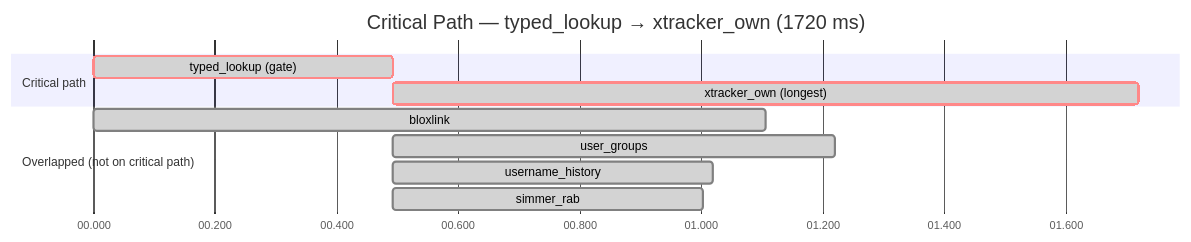
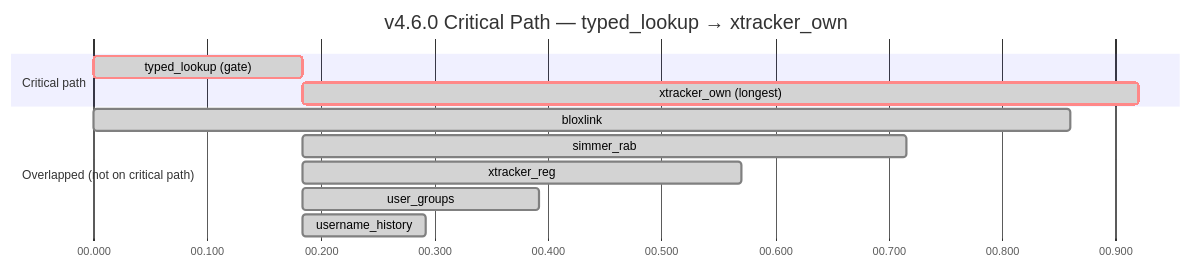
The eighth of 12 diagrams in README.md (pizzarobloxh/bgc-bot), drawn with Mermaid before and after one commit. The commit also changed other lines of this file, not shown here.

````diff
--- a/README.md
+++ b/README.md
@@ -268,17 +457,18 @@
 ```mermaid
 gantt
-    title Critical Path — typed_lookup → xtracker_own (1720 ms)
+    title v4.6.0 Critical Path — typed_lookup → xtracker_own
     dateFormat x
     axisFormat %S.%L
     todayMarker off
 
     section Critical path
-    typed_lookup (gate)     :crit, done, c1, 0,    492ms
-    xtracker_own (longest)  :crit, done, c2, 492, 1228ms
+    typed_lookup (gate)     :crit, done, c1, 0,    184ms
+    xtracker_own (longest)  :crit, done, c2, 184,  736ms
 
     section Overlapped (not on critical path)
-    bloxlink                :done, n1, 0,   1107ms
-    user_groups             :done, n2, 492,  728ms
-    username_history        :done, n3, 492,  527ms
-    simmer_rab              :done, n4, 492,  511ms
+    bloxlink                :done, n1, 0,   860ms
+    simmer_rab              :done, n2, 184, 532ms
+    xtracker_reg            :done, n3, 184, 386ms
+    user_groups             :done, n4, 184, 208ms
+    username_history        :done, n5, 184, 108ms
 ```
````
